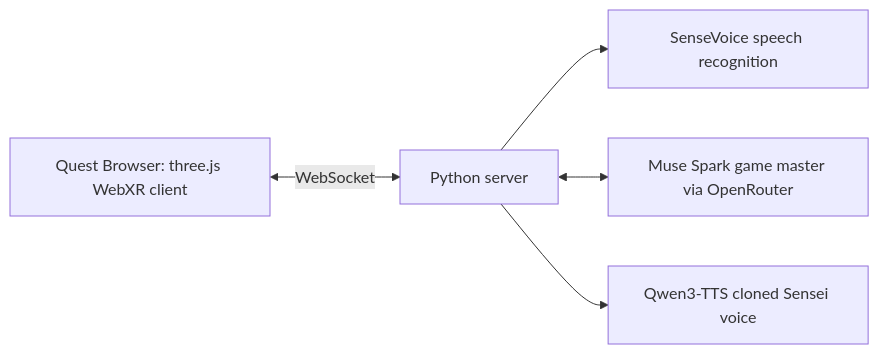
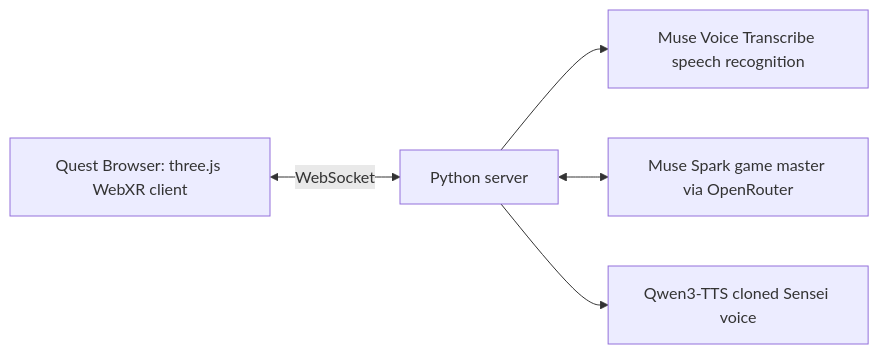
One commit to Lodimup/vr-red-panda-sensei changed the diagram in README.md. Above: the diagram before and after it, drawn with Mermaid. The commit also changed other lines of this file and 6 other files, not shown here.

First line of the commit message:
server: recognise speech with Muse Voice Transcribe (#50)

````diff
--- a/README.md
+++ b/README.md
@@ -33,7 +34,7 @@
 ```mermaid
 flowchart LR
   B[Quest Browser: three.js WebXR client] <-->|WebSocket| S[Python server]
-  S --> A[SenseVoice speech recognition]
+  S --> A[Muse Voice Transcribe speech recognition]
   S <--> M[Muse Spark game master via OpenRouter]
   S --> T[Qwen3-TTS cloned Sensei voice]
 ```
````
